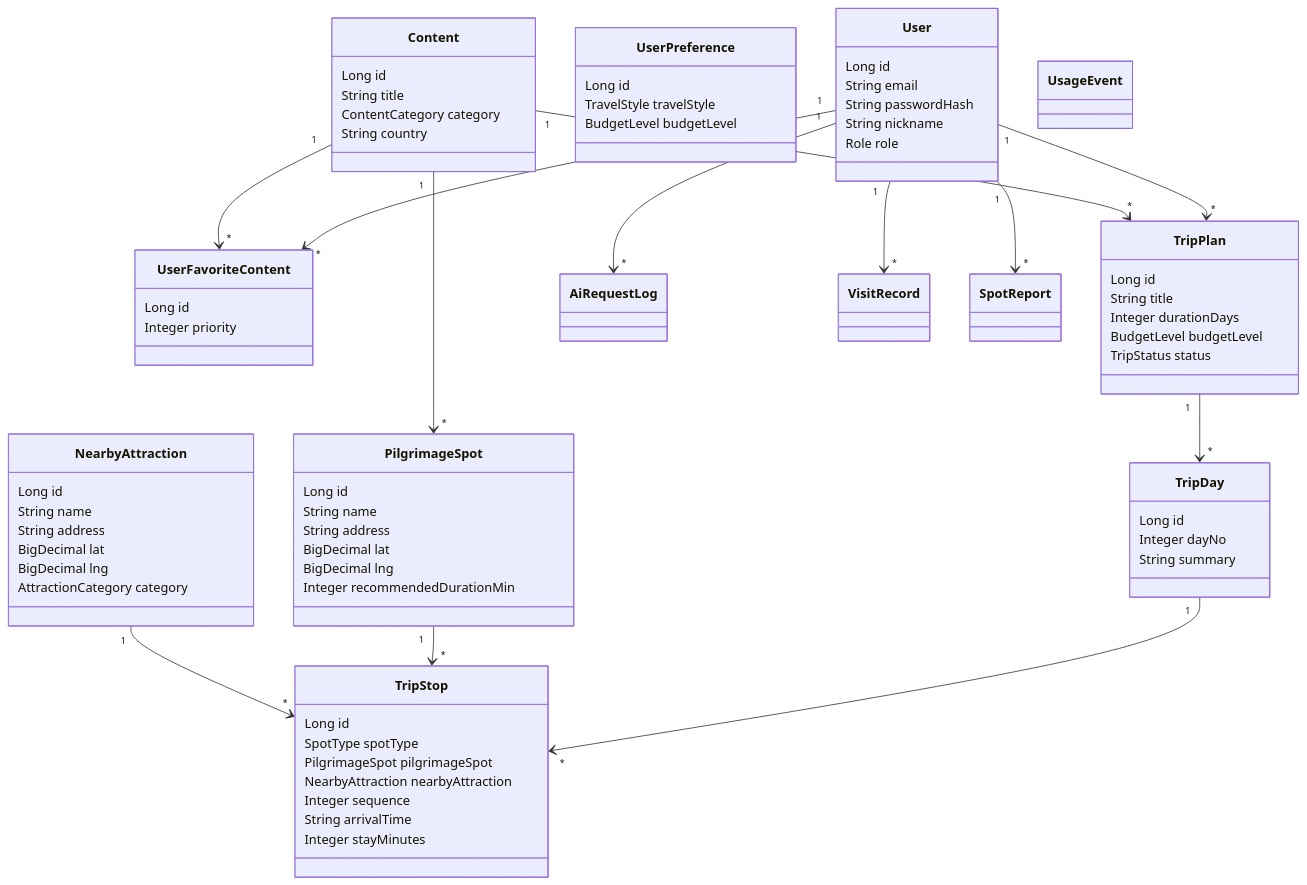
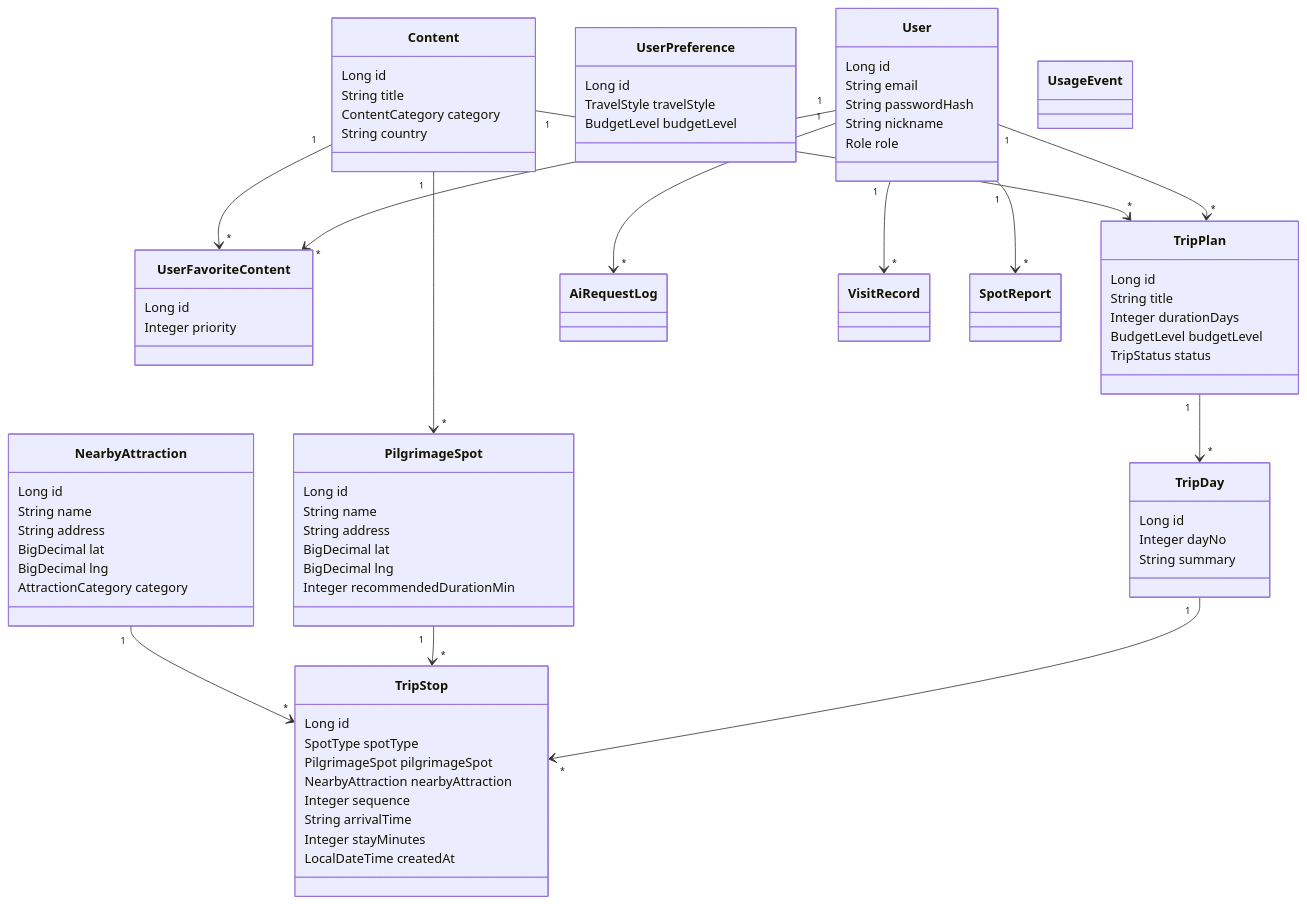
Before and after one commit to sungjiduk/seongjiduk: the second of 2 diagrams in 기획/04_도메인_모델_ERD.md, drawn with Mermaid. The commit also changed other lines of this file, not shown here.

```diff
--- a/기획/04_도메인_모델_ERD.md
+++ b/기획/04_도메인_모델_ERD.md
@@ -248,6 +249,7 @@
       Integer sequence
       String arrivalTime
       Integer stayMinutes
+      LocalDateTime createdAt
     }
 
     class NearbyAttraction {
```
